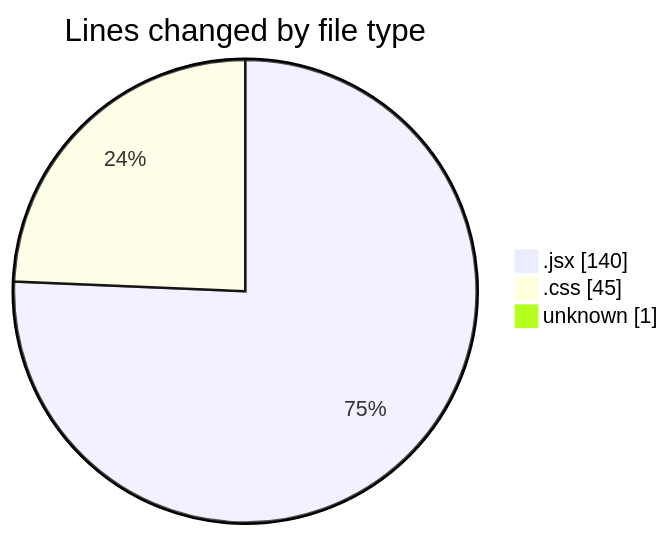
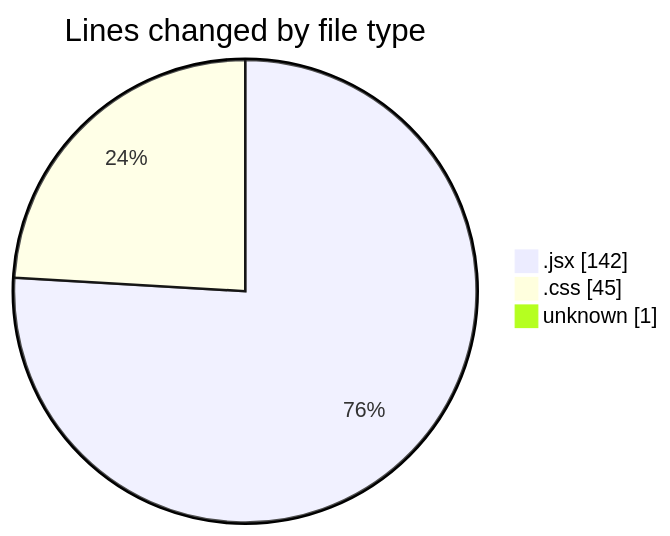
Before and after one commit to Elitesun/code-tracking: the first of 2 diagrams in 2025-02-06/react_ecom/README.md, drawn with Mermaid. The commit also changed other lines of this file and 1 other file, not shown here.

````diff
--- a/2025-02-06/react_ecom/README.md
+++ b/2025-02-06/react_ecom/README.md
@@ -24,7 +24,7 @@
 ```mermaid
 pie showData
 title Lines changed by file type
-".jsx" : 140
+".jsx" : 142
 ".css" : 45
 "unknown" : 1
 ```
````
